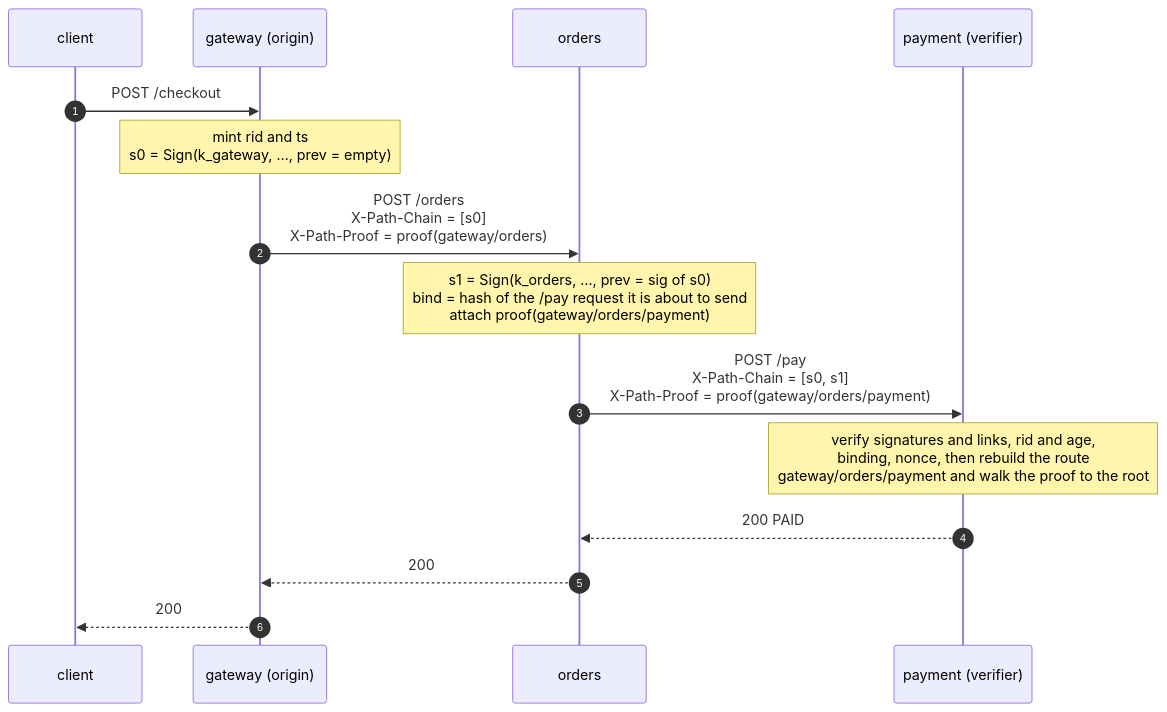
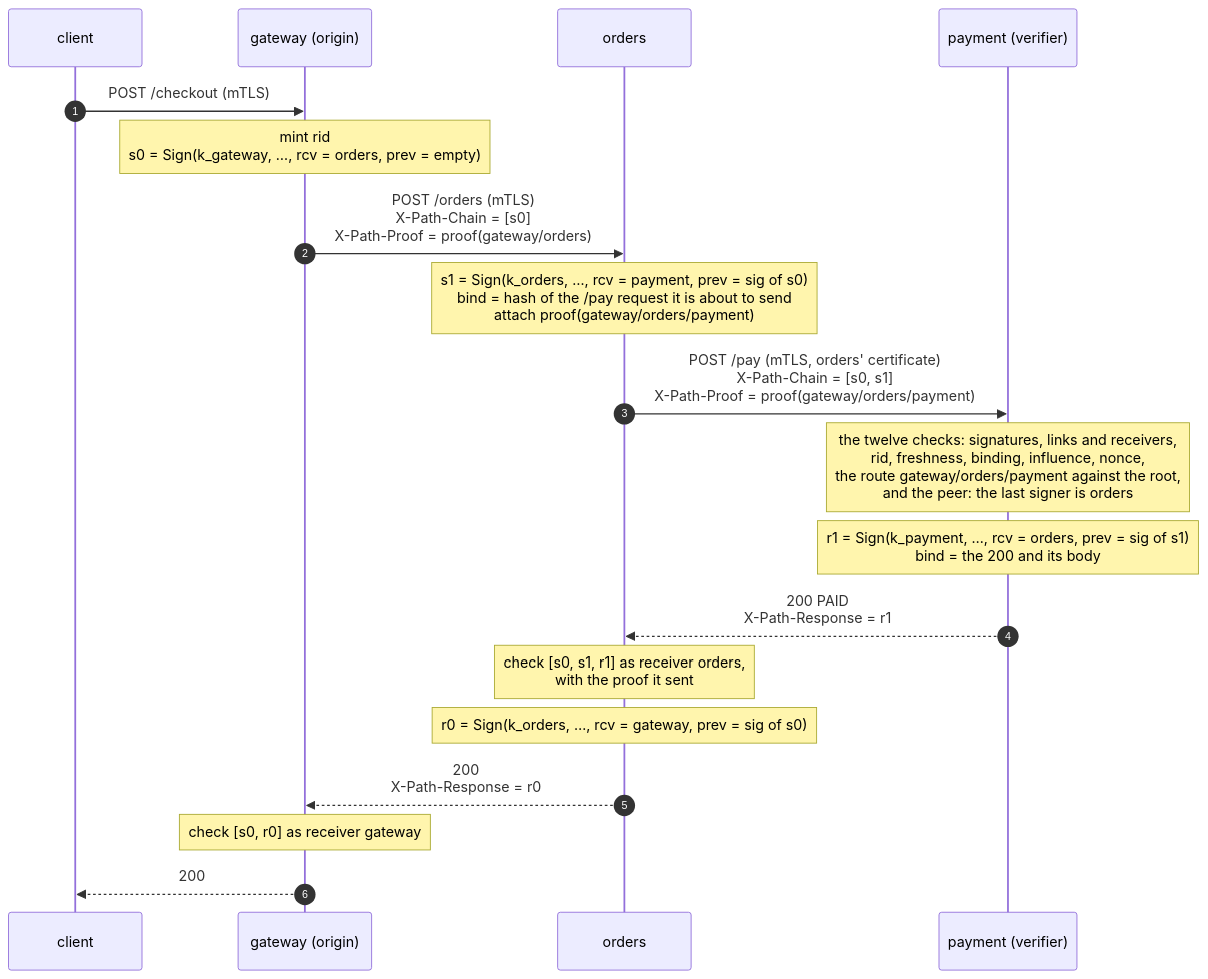
One commit to dumbsly/paztport changed the second of 6 diagrams in poc-demos/java-mesh/README.md. Above: the diagram before and after it, drawn with Mermaid. The commit also changed other lines of this file and 8 other files, not shown here.

````diff
--- a/poc-demos/java-mesh/README.md
+++ b/poc-demos/java-mesh/README.md
@@ -62,18 +63,22 @@
 ```mermaid
 sequenceDiagram
     autonumber
     participant C as client
     participant G as gateway (origin)
     participant O as orders
     participant P as payment (verifier)
 
-    C->>G: POST /checkout
-    Note over G: mint rid and ts<br/>s0 = Sign(k_gateway, …, prev = empty)
-    G->>O: POST /orders<br/>X-Path-Chain = [s0]<br/>X-Path-Proof = proof(gateway/orders)
-    Note over O: s1 = Sign(k_orders, …, prev = sig of s0)<br/>bind = hash of the /pay request it is about to send<br/>attach proof(gateway/orders/payment)
-    O->>P: POST /pay<br/>X-Path-Chain = [s0, s1]<br/>X-Path-Proof = proof(gateway/orders/payment)
-    Note over P: verify signatures and links, rid and age,<br/>binding, nonce, then rebuild the route<br/>gateway/orders/payment and walk the proof to the root
-    P-->>O: 200 PAID
-    O-->>G: 200
+    C->>G: POST /checkout (mTLS)
+    Note over G: mint rid<br/>s0 = Sign(k_gateway, …, rcv = orders, prev = empty)
+    G->>O: POST /orders (mTLS)<br/>X-Path-Chain = [s0]<br/>X-Path-Proof = proof(gateway/orders)
+    Note over O: s1 = Sign(k_orders, …, rcv = payment, prev = sig of s0)<br/>bind = hash of the /pay request it is about to send<br/>attach proof(gateway/orders/payment)
+    O->>P: POST /pay (mTLS, orders' certificate)<br/>X-Path-Chain = [s0, s1]<br/>X-Path-Proof = proof(gateway/orders/payment)
+    Note over P: the twelve checks: signatures, links and receivers,<br/>rid, freshness, binding, influence, nonce,<br/>the route gateway/orders/payment against the root,<br/>and the peer: the last signer is orders
+    Note over P: r1 = Sign(k_payment, …, rcv = orders, prev = sig of s1)<br/>bind = the 200 and its body
+    P-->>O: 200 PAID<br/>X-Path-Response = r1
+    Note over O: check [s0, s1, r1] as receiver orders,<br/>with the proof it sent
+    Note over O: r0 = Sign(k_orders, …, rcv = gateway, prev = sig of s0)
+    O-->>G: 200<br/>X-Path-Response = r0
+    Note over G: check [s0, r0] as receiver gateway
     G-->>C: 200
 ```
````
